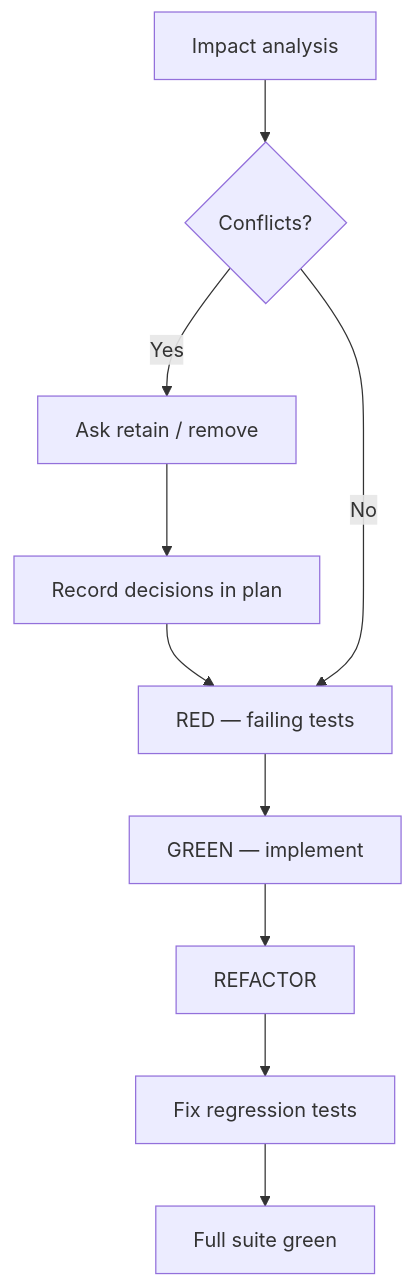
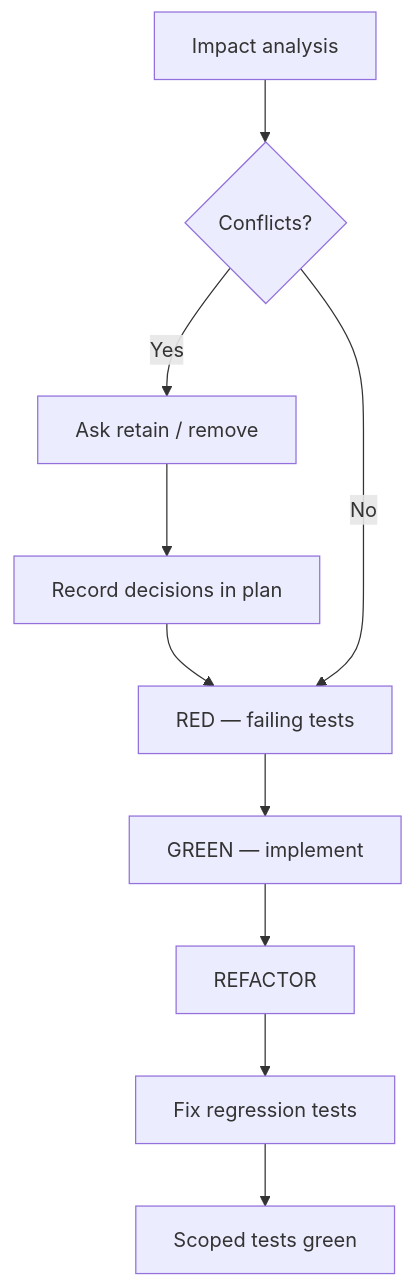
The diagram in .cursor/rules/testing.mdc (ruelluna/kinsenas-laravel), drawn with Mermaid before and after one commit. The commit also changed other lines of this file and 21 other files, not shown here.

````diff
--- a/.cursor/rules/testing.mdc
+++ b/.cursor/rules/testing.mdc
@@ -24,12 +24,12 @@
 ```mermaid
 flowchart TD
     A[Impact analysis] --> B{Conflicts?}
     B -->|Yes| C[Ask retain / remove]
     C --> D[Record decisions in plan]
     D --> E[RED — failing tests]
     B -->|No| E
     E --> F[GREEN — implement]
     F --> G[REFACTOR]
     G --> H[Fix regression tests]
-    H --> I[Full suite green]
+    H --> I[Scoped tests green]
 ```
````
